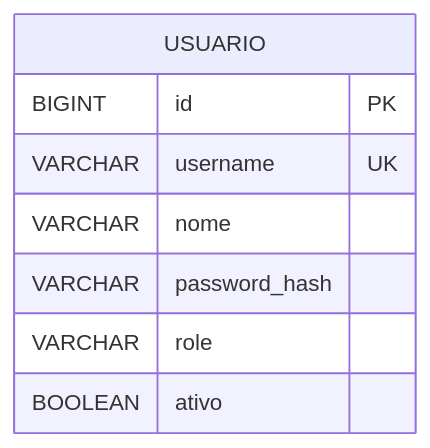
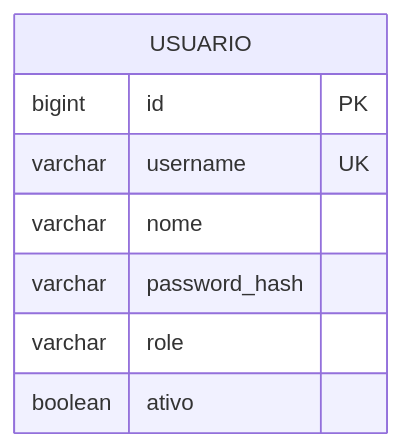
Before and after one commit to fiap-soat-grupo36/infra-database: the second of 8 diagrams in docs/diagramas/er-completo.md, drawn with Mermaid. The commit also changed other lines of this file, not shown here.

Commit message:
fix: diagramas ER compatíveis com GitHub

````diff
--- a/docs/diagramas/er-completo.md
+++ b/docs/diagramas/er-completo.md
@@ -164,11 +174,11 @@
 ```mermaid
 erDiagram
     USUARIO {
-        BIGINT id PK
-        VARCHAR username UK
-        VARCHAR nome
-        VARCHAR password_hash
-        VARCHAR role
-        BOOLEAN ativo
+        bigint id PK
+        varchar username UK
+        varchar nome
+        varchar password_hash
+        varchar role
+        boolean ativo
     }
 ```
````
